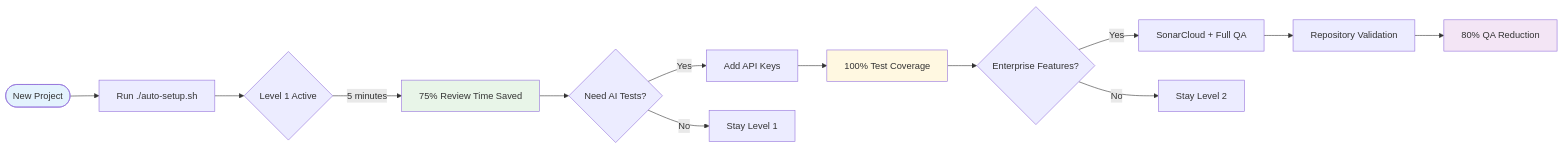
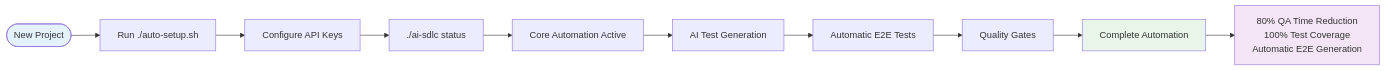
Before and after one commit to nydamon/ai-sdlc-docs: the second of 2 diagrams in docs/architecture-simplified.md, drawn with Mermaid. The commit also changed other lines of this file and 42 other files, not shown here.

````diff
--- a/docs/architecture-simplified.md
+++ b/docs/architecture-simplified.md
@@ -44,23 +44,18 @@
 ```mermaid
 flowchart LR
     Start([New Project]) --> Setup[Run ./auto-setup.sh]
-    Setup --> Level1{Level 1 Active}
-    Level1 -->|5 minutes| Benefits1[75% Review Time Saved]
-
-    Benefits1 --> Upgrade1{Need AI Tests?}
-    Upgrade1 -->|Yes| Level2[Add API Keys]
-    Upgrade1 -->|No| Stay1[Stay Level 1]
-
-    Level2 --> Benefits2[100% Test Coverage]
-    Benefits2 --> Upgrade2{Enterprise Features?}
-    Upgrade2 -->|Yes| Level3[SonarCloud + Full QA]
-    Upgrade2 -->|No| Stay2[Stay Level 2]
-
-    Level3 --> SonarValidation[Repository Validation]
-    SonarValidation --> Benefits3[80% QA Reduction]
-
+    Setup --> Config[Configure API Keys]
+    Config --> Validate[./ai-sdlc status]
+    
+    Validate --> Core[Core Automation Active]
+    Core --> Tests[AI Test Generation]
+    Tests --> E2E[Automatic E2E Tests]
+    E2E --> QA[Quality Gates]
+    
+    QA --> Results[Complete Automation]
+    Results --> Benefits[80% QA Time Reduction<br/>100% Test Coverage<br/>Automatic E2E Generation]
+    
     style Start fill:#e3f2fd
-    style Benefits1 fill:#e8f5e8
-    style Benefits2 fill:#fff8e1
-    style Benefits3 fill:#f3e5f5
+    style Results fill:#e8f5e8
+    style Benefits fill:#f3e5f5
 ```
````
